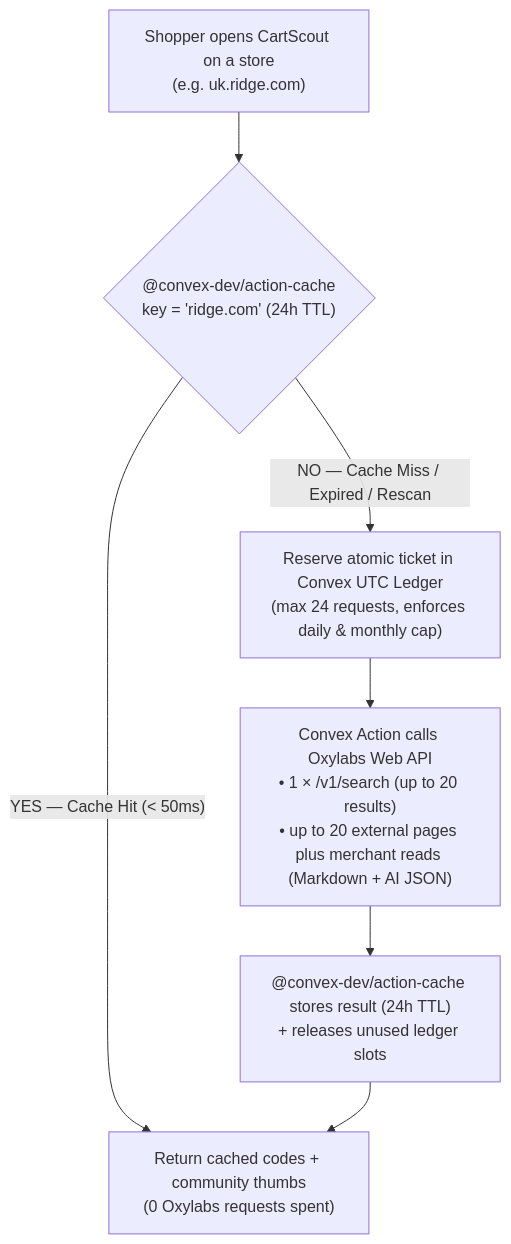
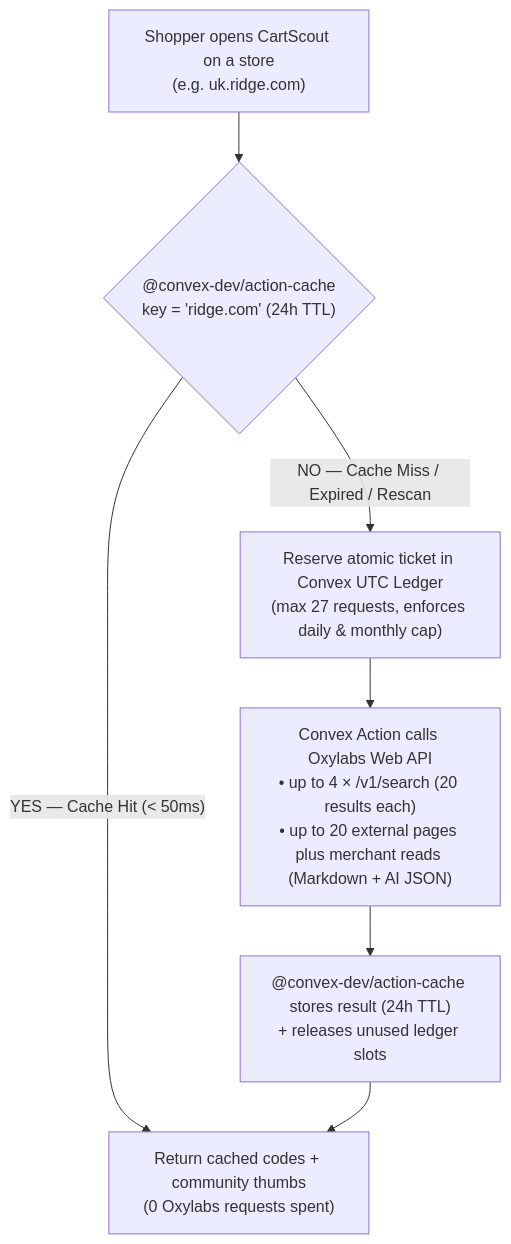
One commit to sonnysangha/cartscout changed the third of 3 diagrams in README.md. Above: the diagram before and after it, drawn with Mermaid. The commit also changed other lines of this file and 12 other files, not shown here.

````diff
--- a/README.md
+++ b/README.md
@@ -98,12 +98,12 @@
 ```mermaid
 flowchart TD
   Open["Shopper opens CartScout on a store\n(e.g. uk.ridge.com)"]
   Open --> CheckCache{"@convex-dev/action-cache\nkey = 'ridge.com' (24h TTL)"}
 
   CheckCache -->|"YES — Cache Hit (< 50ms)"| Fast["Return cached codes + community thumbs\n(0 Oxylabs requests spent)"]
 
-  CheckCache -->|"NO — Cache Miss / Expired / Rescan"| Reserve["Reserve atomic ticket in Convex UTC Ledger\n(max 24 requests, enforces daily & monthly cap)"]
-  Reserve --> RunOxy["Convex Action calls Oxylabs Web API\n• 1 × /v1/search (up to 20 results)\n• up to 20 external pages plus merchant reads (Markdown + AI JSON)"]
+  CheckCache -->|"NO — Cache Miss / Expired / Rescan"| Reserve["Reserve atomic ticket in Convex UTC Ledger\n(max 27 requests, enforces daily & monthly cap)"]
+  Reserve --> RunOxy["Convex Action calls Oxylabs Web API\n• up to 4 × /v1/search (20 results each)\n• up to 20 external pages plus merchant reads (Markdown + AI JSON)"]
   RunOxy --> Save["@convex-dev/action-cache stores result (24h TTL)\n+ releases unused ledger slots"]
   Save --> Fast
 ```
````
